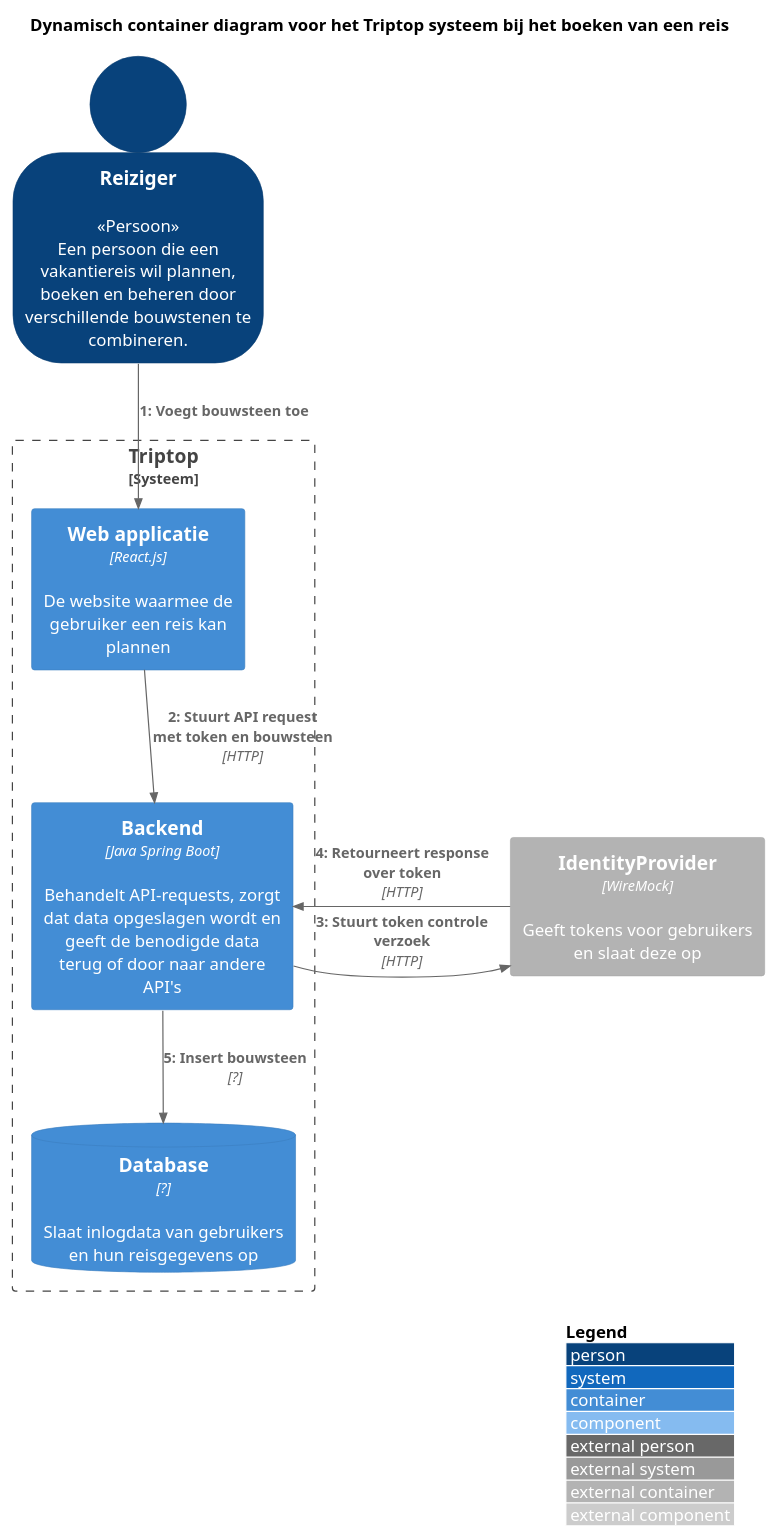
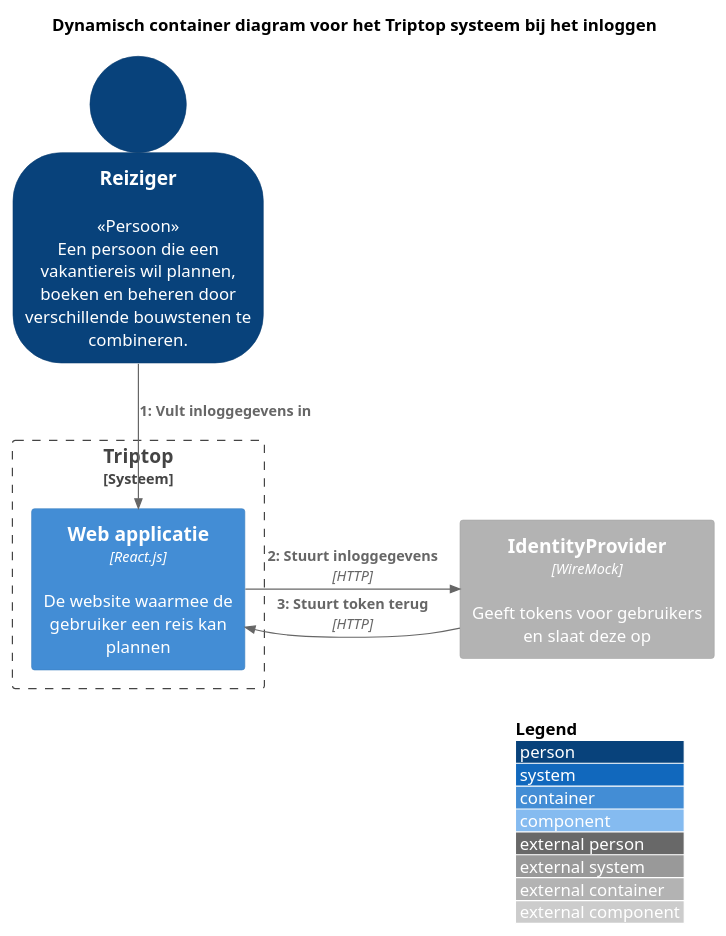
One commit to AIM-ENE-feb25/triptop-groep-1-met-third-wheel changed the diagram in diagram/container/TripTopSystemDynamicContainerDiagramInloggen.puml. Above: the diagram before and after it, drawn with PlantUML. The commit also changed 6 other files, not shown here.

First line of the commit message:
Software guidebook met diagrammen

```diff
--- a/diagram/container/TripTopSystemDynamicContainerDiagramInloggen.puml
+++ b/diagram/container/TripTopSystemDynamicContainerDiagramInloggen.puml
@@ -1,30 +1,21 @@
 @startuml "Container diagram voor het Triptop systeem"
 !include https://raw.githubusercontent.com/plantuml-stdlib/C4-PlantUML/master/C4_Container.puml
 !include https://raw.githubusercontent.com/plantuml-stdlib/C4-PlantUML/master/C4_Dynamic.puml
-
 SHOW_PERSON_OUTLINE()
 LAYOUT_WITH_LEGEND()
 
-title "Dynamisch container diagram voor het Triptop systeem bij het boeken van een reis"
+title "Dynamisch container diagram voor het Triptop systeem bij het inloggen"
 Person(traveler, "Reiziger", "<<Persoon>>\nEen persoon die een vakantiereis wil plannen, boeken en beheren door verschillende bouwstenen te combineren.")
 
 Boundary(system, "Triptop", "Systeem") {
     Container(frontend, "Web applicatie", "React.js", "De website waarmee de gebruiker een reis kan plannen")
-    Container(backend, "Backend", "Java Spring Boot", "Behandelt API-requests, zorgt dat data opgeslagen wordt en geeft de benodigde data terug of door naar andere API's")
-    ContainerDb(db, "Database", "?", "Slaat inlogdata van gebruikers en hun reisgegevens op")
 }
+
+
 Container_Ext(identity, "IdentityProvider", "WireMock", "Geeft tokens voor gebruikers en slaat deze op")
 
-Rel(traveler, frontend, "Voegt bouwsteen toe")
-Rel(frontend, backend, "Stuurt API request met token en bouwsteen", "HTTP")
-Rel_Right(backend, identity, "Stuurt token controle verzoek", "HTTP")
-Rel_Left(identity, backend, "Retourneert response over token", "HTTP")
-Rel(backend, db, "Insert bouwsteen", "?")
-
-
-
-
-
-
+Rel_Down(traveler, frontend, "Vult inloggegevens in")
+Rel_Right(frontend, identity, "Stuurt inloggegevens", "HTTP")
+Rel_Left(identity, frontend, "Stuurt token terug", "HTTP")
 
 @enduml
```
